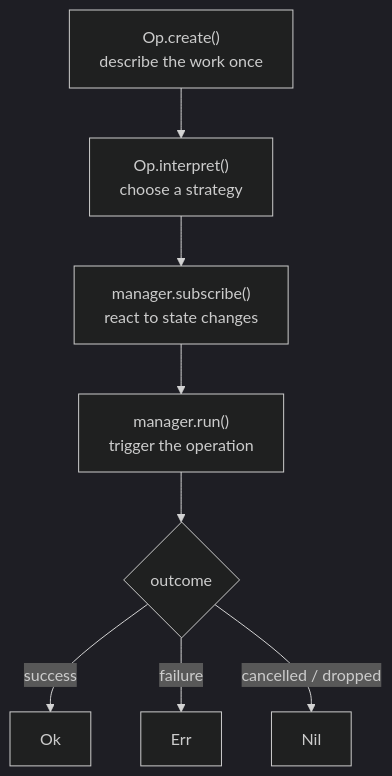
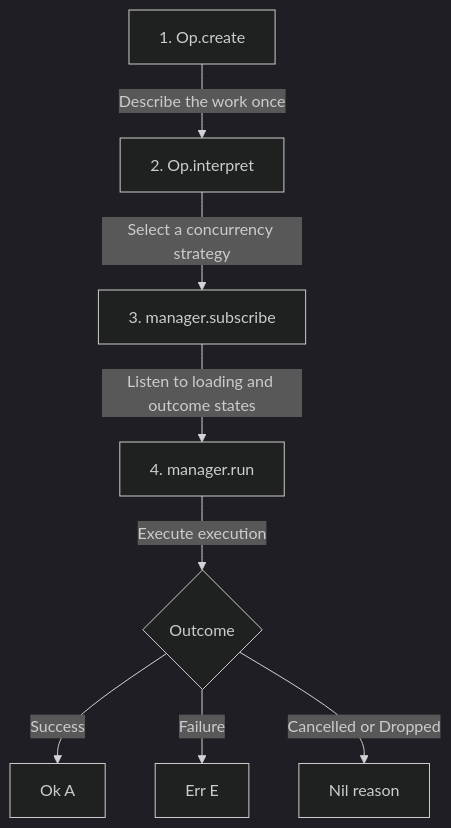
The diagram in docs/src/content/docs/guides/op.mdx (nlozgachev/pipelined), drawn with Mermaid (dark theme) before and after one commit. The commit also changed other lines of this file and 36 other files, not shown here.

Commit message:
docs: docs rewording, style change, better diagrams, leading with the opinionated nature of the pipelined library

````diff
--- a/docs/src/content/docs/guides/op.mdx
+++ b/docs/src/content/docs/guides/op.mdx
@@ -120,10 +84,10 @@
 ```mermaid
-flowchart TB
-  A["Op.create()\ndescribe the work once"] --> B["Op.interpret()\nchoose a strategy"]
-  B --> C["manager.subscribe()\nreact to state changes"]
-  C --> D["manager.run()\ntrigger the operation"]
-  D --> E{outcome}
-  E -->|success| F[Ok]
-  E -->|failure| G[Err]
-  E -->|"cancelled / dropped"| H[Nil]
+flowchart TD
+    A[1. Op.create] -->|Describe the work once| B[2. Op.interpret]
+    B -->|Select a concurrency strategy| C[3. manager.subscribe]
+    C -->|Listen to loading and outcome states| D[4. manager.run]
+    D -->|Execute execution| E{Outcome}
+    E -->|Success| Ok[Ok A]
+    E -->|Failure| Err[Err E]
+    E -->|Cancelled or Dropped| Nil[Nil reason]
 ```
````
